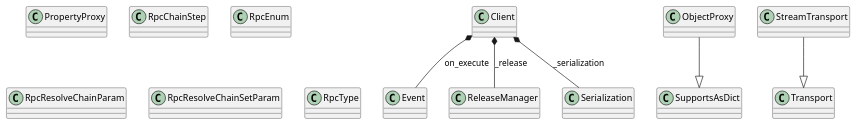
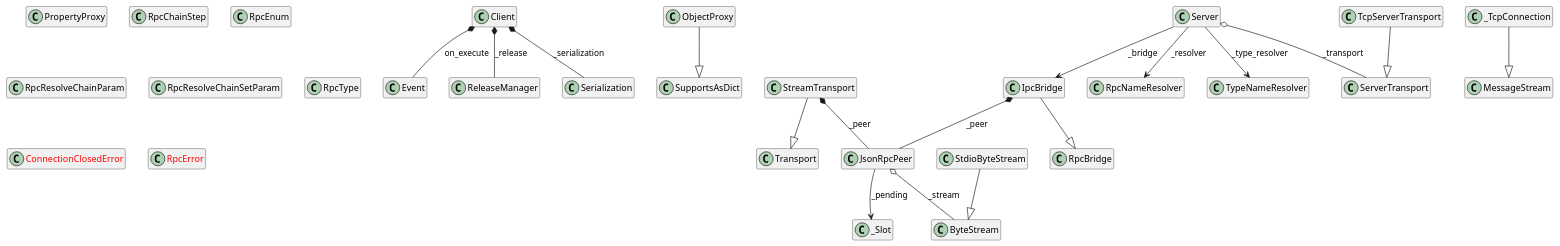
One commit to hide00310/UniLiquidLink changed the first of 4 diagrams in Docs~/ClassDiagram.md. Above: the diagram before and after it, drawn with PlantUML. The commit also changed other lines of this file and 1 other file, not shown here.

Commit message:
refactor(tools): unify lliquidlink class diagram generation into one pass
core/client/server were previously treated as separate pyreverse target
packages, so classes under core (e.g. JsonRpcPeer) were missing from the
client/server diagrams and relationships were fragmented. Consolidated
generate_class_diagram.py's PACKAGES into a single "Python~/lliquidlink"
entry so one class diagram/package diagram is generated from the whole
package.

Also applied the hide-members skin param, previously only used for the
package diagram, to the class diagram as well (call _inject_skinparam on
classes_puml too), and regenerated Docs~/ClassDiagram.md to match the new
output.

````diff
--- a/Docs~/ClassDiagram.md
+++ b/Docs~/ClassDiagram.md
@@ -51,6 +7,7 @@
 ```plantuml
-@startuml classes_Python~_lliquidlink_client
+@startuml classes_Python~_lliquidlink
 set namespaceSeparator none
+hide members
 
 class "Client" as lliquidlink.client._client.Client {
 }
@@ -68,6 +25,32 @@
 }
 class "StreamTransport" as lliquidlink.client._transports.StreamTransport {
 }
+class "_Slot" as lliquidlink.core._rpc._Slot {
+}
+class "MessageStream" as lliquidlink.server._interfaces.MessageStream {
+}
+class "RpcBridge" as lliquidlink.server._interfaces.RpcBridge {
+}
+class "_TcpConnection" as lliquidlink.server._transport._TcpConnection {
+}
+class "IpcBridge" as lliquidlink.server.ipc_bridge.IpcBridge {
+}
+class "JsonRpcPeer" as lliquidlink.core._rpc.JsonRpcPeer {
+}
+class "ByteStream" as lliquidlink.core._interfaces.ByteStream {
+}
+class "StdioByteStream" as lliquidlink.core._rpc.StdioByteStream {
+}
+class "RpcNameResolver" as lliquidlink.server.resolver.RpcNameResolver {
+}
+class "TypeNameResolver" as lliquidlink.server.resolver.TypeNameResolver {
+}
+class "Server" as lliquidlink.server.server.Server {
+}
+class "ServerTransport" as lliquidlink.server._transport.ServerTransport {
+}
+class "TcpServerTransport" as lliquidlink.server._transport.TcpServerTransport {
+}
 class "PropertyProxy" as lliquidlink.client._proxy.PropertyProxy {
 }
 class "RpcChainStep" as lliquidlink.client._schema.RpcChainStep {
@@ -80,11 +63,27 @@
 }
 class "RpcType" as lliquidlink.client._schema.RpcType {
 }
+class "<color:red>ConnectionClosedError</color>" as lliquidlink.core._rpc.ConnectionClosedError {
+}
+class "<color:red>RpcError</color>" as lliquidlink.core._rpc.RpcError {
+}
 
 lliquidlink.client._proxy.ObjectProxy --|> lliquidlink.client._interfaces.SupportsAsDict
 lliquidlink.client._transports.StreamTransport --|> lliquidlink.client._interfaces.Transport
+lliquidlink.server._transport._TcpConnection --|> lliquidlink.server._interfaces.MessageStream
+lliquidlink.server.ipc_bridge.IpcBridge --|> lliquidlink.server._interfaces.RpcBridge
+lliquidlink.core._rpc.StdioByteStream --|> lliquidlink.core._interfaces.ByteStream
+lliquidlink.server._transport.TcpServerTransport --|> lliquidlink.server._transport.ServerTransport
 lliquidlink.client._client.Client *-- lliquidlink.client._event.Event : on_execute
 lliquidlink.client._client.Client *-- lliquidlink.client._release.ReleaseManager : _release
 lliquidlink.client._client.Client *-- lliquidlink.client._serialization.Serialization : _serialization
+lliquidlink.client._transports.StreamTransport *-- lliquidlink.core._rpc.JsonRpcPeer : _peer
+lliquidlink.server.ipc_bridge.IpcBridge *-- lliquidlink.core._rpc.JsonRpcPeer : _peer
+lliquidlink.core._rpc.JsonRpcPeer o-- lliquidlink.core._interfaces.ByteStream : _stream
+lliquidlink.server.server.Server o-- lliquidlink.server._transport.ServerTransport : _transport
+lliquidlink.core._rpc.JsonRpcPeer --> lliquidlink.core._rpc._Slot : _pending
+lliquidlink.server.server.Server --> lliquidlink.server.ipc_bridge.IpcBridge : _bridge
+lliquidlink.server.server.Server --> lliquidlink.server.resolver.RpcNameResolver : _resolver
+lliquidlink.server.server.Server --> lliquidlink.server.resolver.TypeNameResolver : _type_resolver
 @enduml
 ```
````
